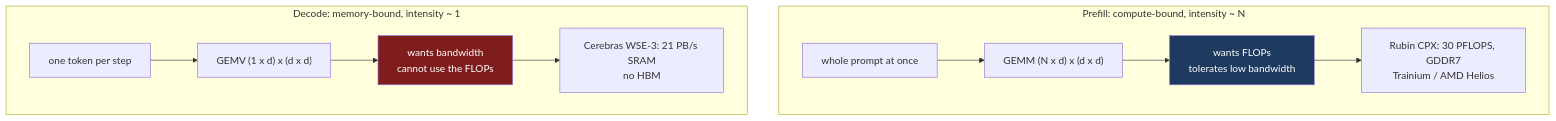
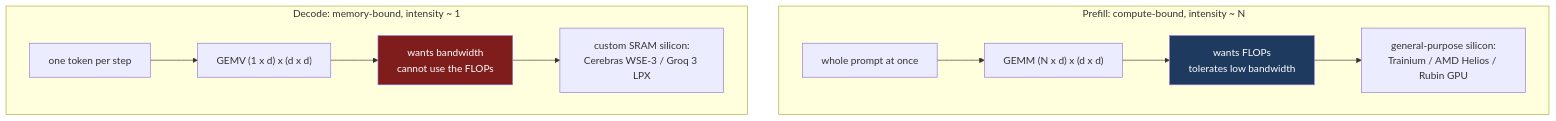
One commit to hiraditya/hiraditya.github.io changed the diagram in _posts/2026-08-16-prefill-and-decode-want-different-computers.md. Above: the diagram before and after it, drawn with Mermaid. The commit also changed other lines of this file, not shown here.

````diff
--- a/_posts/2026-08-16-prefill-and-decode-want-different-computers.md
+++ b/_posts/2026-08-16-prefill-and-decode-want-different-computers.md
@@ -68,15 +68,15 @@
 ```mermaid
 graph TB
     subgraph P["Prefill: compute-bound, intensity ~ N"]
         P1["whole prompt at once"] --> P2["GEMM (N x d) x (d x d)"]
         P2 --> P3["wants FLOPs<br/>tolerates low bandwidth"]
-        P3 --> P4["Rubin CPX: 30 PFLOPS, GDDR7<br/>Trainium / AMD Helios"]
+        P3 --> P4["general-purpose silicon:<br/>Trainium / AMD Helios / Rubin GPU"]
     end
     subgraph D["Decode: memory-bound, intensity ~ 1"]
         D1["one token per step"] --> D2["GEMV (1 x d) x (d x d)"]
         D2 --> D3["wants bandwidth<br/>cannot use the FLOPs"]
-        D3 --> D4["Cerebras WSE-3: 21 PB/s SRAM<br/>no HBM"]
+        D3 --> D4["custom SRAM silicon:<br/>Cerebras WSE-3 / Groq 3 LPX"]
     end
     style P3 fill:#1e3a5f,color:#fff
     style D3 fill:#7f1d1d,color:#fff
 ```
````
